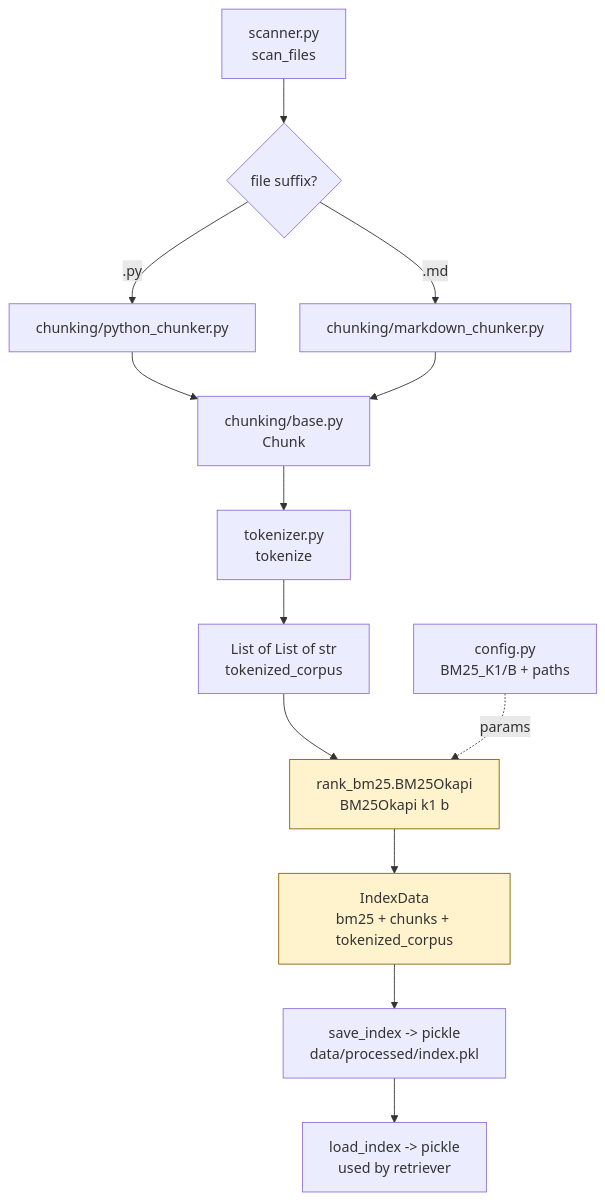
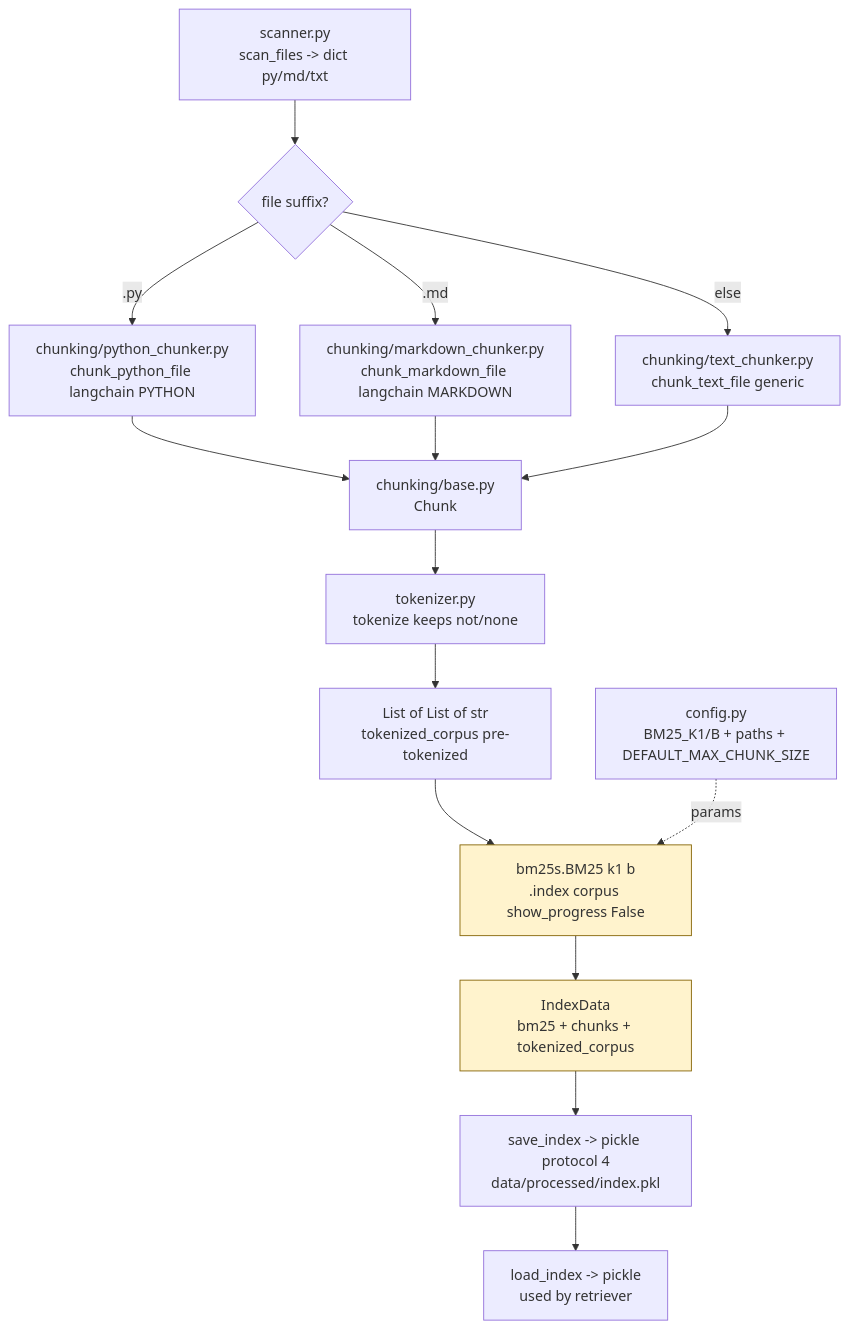
The diagram in docs/architecture/indexer.md (Yahyaoui7/42_RAG), drawn with Mermaid before and after one commit. The commit also changed other lines of this file and 14 other files, not shown here.

Commit message:
tokenize the chunk and index them and save them    them i create the main function as enterpoint use the fire library to take the first index argument to build all what did said before in this commit

````diff
--- a/docs/architecture/indexer.md
+++ b/docs/architecture/indexer.md
@@ -9,20 +11,22 @@
 ```mermaid
 graph TD
-    SCAN[scanner.py<br/>scan_files] --> CHUNK{file suffix?}
-    CHUNK -->|.py| PY[chunking/python_chunker.py]
-    CHUNK -->|.md| MD[chunking/markdown_chunker.py]
+    SCAN[scanner.py<br/>scan_files -> dict py/md/txt] --> CHUNK{file suffix?}
+    CHUNK -->|.py| PY[chunking/python_chunker.py<br/>chunk_python_file langchain PYTHON]
+    CHUNK -->|.md| MD[chunking/markdown_chunker.py<br/>chunk_markdown_file langchain MARKDOWN]
+    CHUNK -->|else| TXT[chunking/text_chunker.py<br/>chunk_text_file generic]
     PY --> BASE[chunking/base.py<br/>Chunk]
     MD --> BASE
-    BASE --> TOK[tokenizer.py<br/>tokenize]
-    TOK --> CORPUS[List of List of str<br/>tokenized_corpus]
-    CORPUS --> BM25[rank_bm25.BM25Okapi<br/>BM25Okapi k1 b]
+    TXT --> BASE
+    BASE --> TOK[tokenizer.py<br/>tokenize keeps not/none]
+    TOK --> CORPUS[List of List of str<br/>tokenized_corpus pre-tokenized]
+    CORPUS --> BM25[bm25s.BM25 k1 b<br/>.index corpus show_progress False]
     BM25 --> DATA[IndexData<br/>bm25 + chunks + tokenized_corpus]
-    DATA --> SAVE[save_index -> pickle<br/>data/processed/index.pkl]
+    DATA --> SAVE[save_index -> pickle protocol 4<br/>data/processed/index.pkl]
     SAVE --> LOAD[load_index -> pickle<br/>used by retriever]
 
-    CFG[config.py<br/>BM25_K1/B + paths] -. params .-> BM25
+    CFG[config.py<br/>BM25_K1/B + paths + DEFAULT_MAX_CHUNK_SIZE] -. params .-> BM25
 
     classDef warn fill:#fff3cd,stroke:#856404
     class DATA warn
     class BM25 warn
 ```
````
